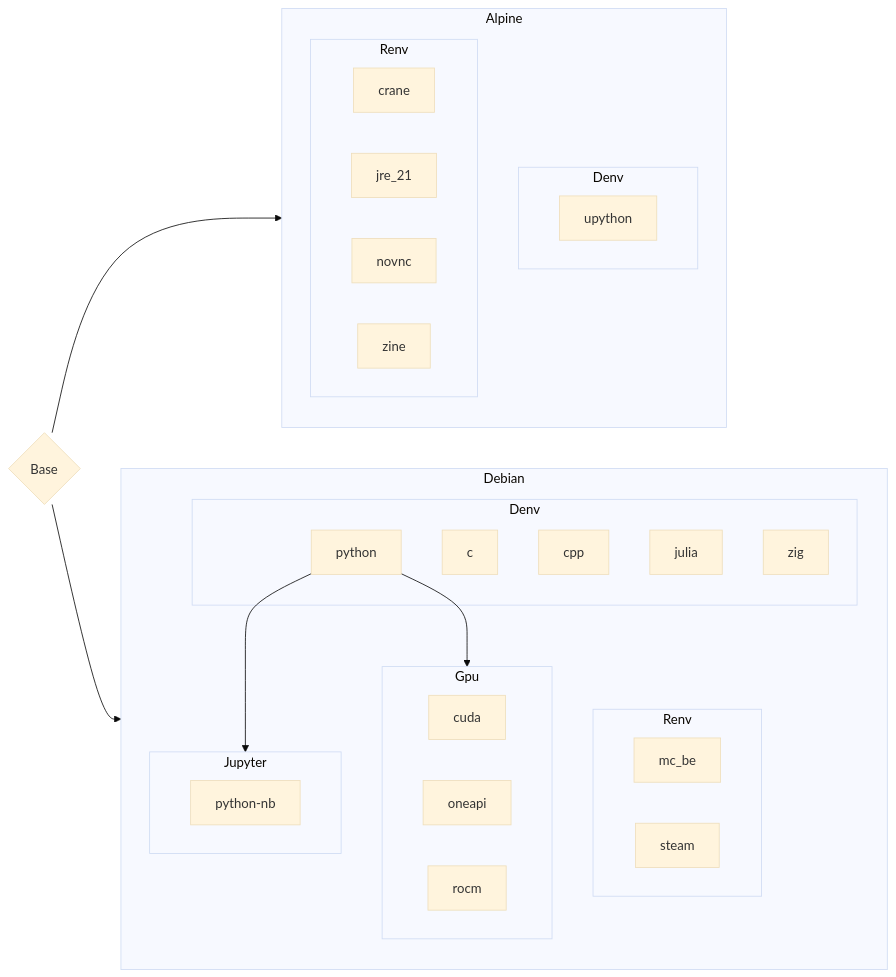
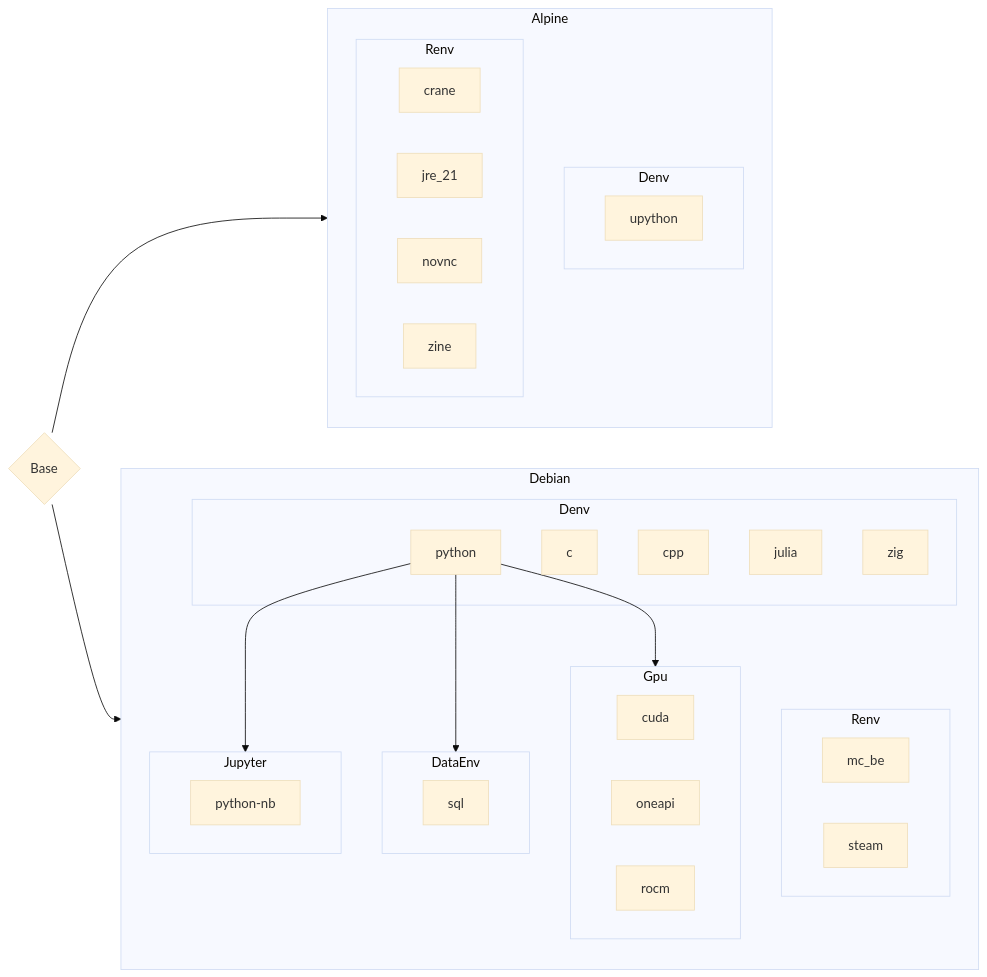
One commit to ben0i0d/cenv changed the diagram in README.md. Above: the diagram before and after it, drawn with Mermaid (base theme). The commit also changed 23 other files, not shown here.

Commit message:
ccache downgrade & restruct .setup & add DataEnv for data_mine

````diff
--- a/README.md
+++ b/README.md
@@ -84,46 +84,51 @@
 ```mermaid
 graph LR
 
 B{Base} --> Alpine
 B --> Debian
 
 subgraph Alpine
     subgraph AD[Denv]
     upython
     end
     
     subgraph AR[Renv]
     crane
     jre_21
     novnc
     zine
     end
 end
 
 subgraph Debian
     subgraph DD[Denv]
     c
     cpp
     julia
     python
     zig
     end
 
     subgraph DR[Renv]
     mc_be
     steam
     end
 
+    python-->DataEnv
+    subgraph DataEnv
+    sql
+    end
+
     python-->Gpu
     subgraph Gpu
     cuda
     oneapi
     rocm
     end
 
     python-->Jupyter
     subgraph Jupyter
     python-nb
     end
 end
 ```
````
